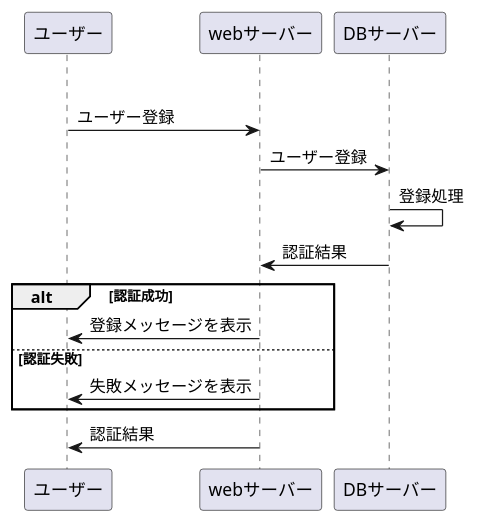
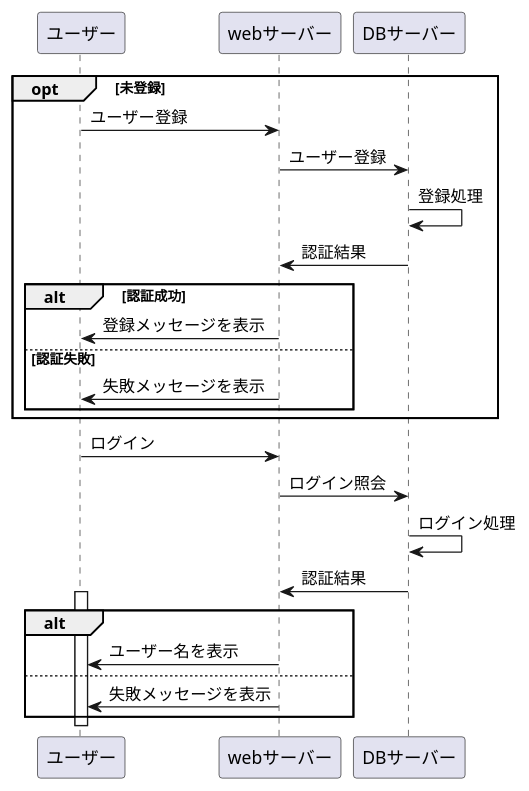
One commit to Aso2001192/2021sys-design changed the diagram in sampleflowchart.md. Above: the diagram before and after it, drawn with PlantUML.

````diff
--- a/sampleflowchart.md
+++ b/sampleflowchart.md
@@ -1,18 +1,31 @@
 ```uml
 @startuml
 opt 未登録
 ユーザー->webサーバー:ユーザー登録
 webサーバー->DBサーバー:ユーザー登録
 DBサーバー->DBサーバー:登録処理
 DBサーバー->webサーバー:認証結果
 
 alt 認証成功
 webサーバー->ユーザー:登録メッセージを表示
 else 認証失敗
 webサーバー->ユーザー:失敗メッセージを表示
+end
 
 end
 
-webサーバー->ユーザー:認証結果
+ユーザー->webサーバー:ログイン
+webサーバー->DBサーバー:ログイン照会
+DBサーバー->DBサーバー:ログイン処理
+DBサーバー->webサーバー:認証結果
+activate ユーザー
+
+alt
+webサーバー->ユーザー:ユーザー名を表示
+else
+webサーバー->ユーザー:失敗メッセージを表示
+end
+
+deactivate ユーザー
 @enduml
 ```
````
